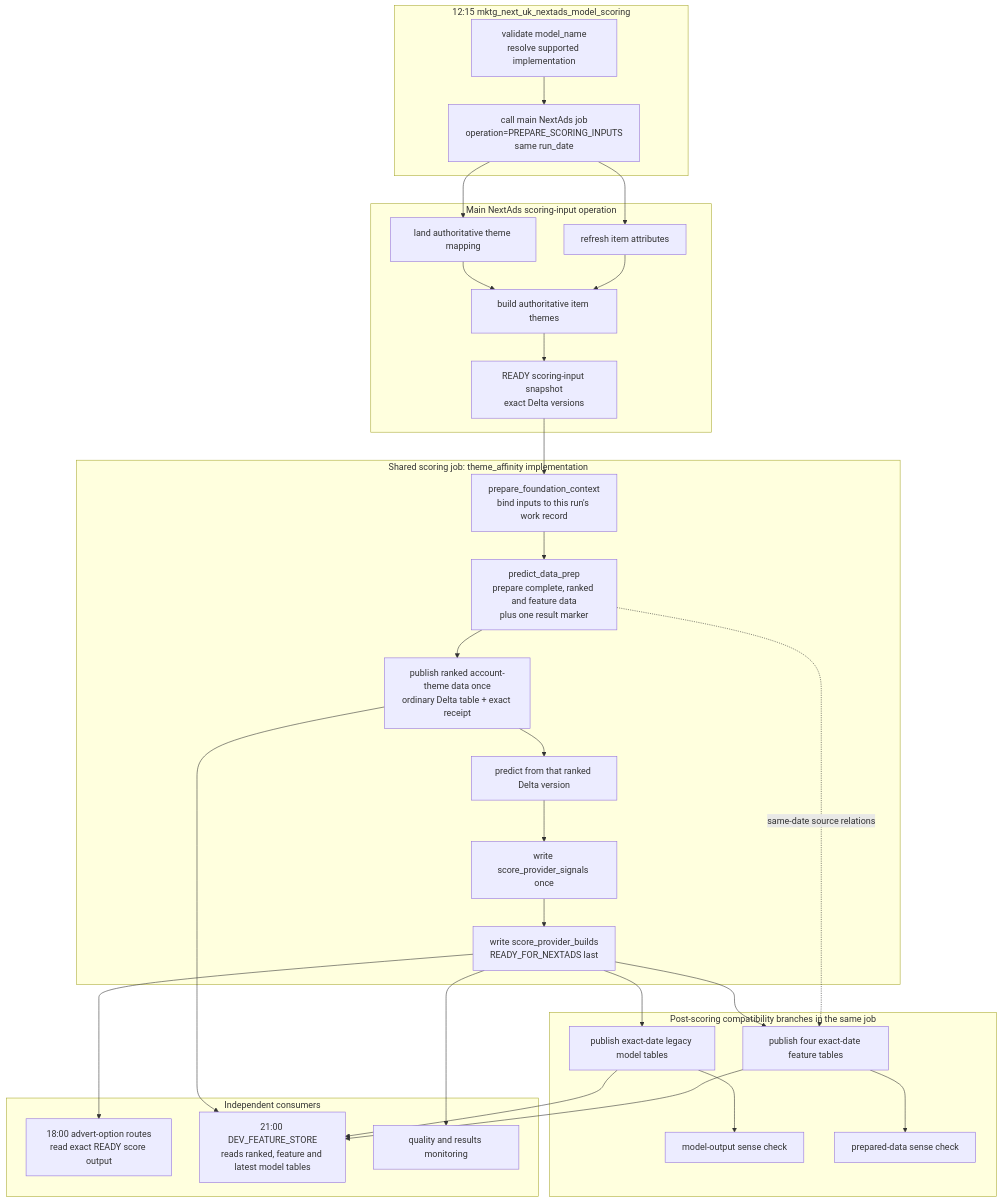
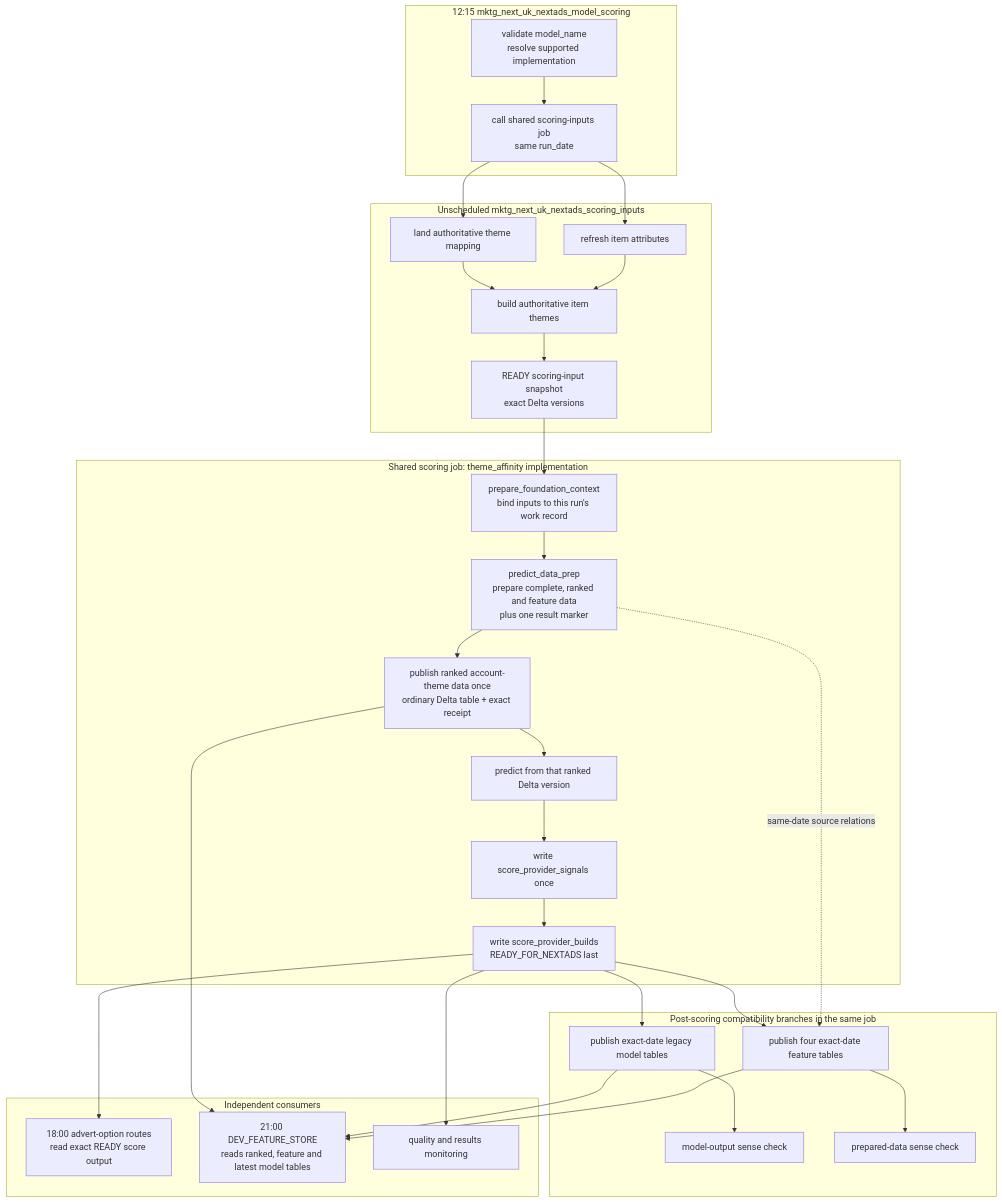
One commit to swblain-glyndwr/personal_project changed the diagram in docs/architecture/theme_affinity_operational_flow.md. Above: the diagram before and after it, drawn with Mermaid. The commit also changed other lines of this file and 18 other files, not shown here.

Commit message:
Separate shared scoring inputs from candidate build

````diff
--- a/docs/architecture/theme_affinity_operational_flow.md
+++ b/docs/architecture/theme_affinity_operational_flow.md
@@ -7,54 +7,54 @@
 ```mermaid
 flowchart TD
   subgraph scoring_job["12:15 mktg_next_uk_nextads_model_scoring"]
     validate["validate model_name<br/>resolve supported implementation"]
-    call_inputs["call main NextAds job<br/>operation=PREPARE_SCORING_INPUTS<br/>same run_date"]
+    call_inputs["call shared scoring-inputs job<br/>same run_date"]
     validate --> call_inputs
   end
 
-  subgraph inputs["Main NextAds scoring-input operation"]
+  subgraph inputs["Unscheduled mktg_next_uk_nextads_scoring_inputs"]
     theme_mapping["land authoritative theme mapping"]
     attributes["refresh item attributes"]
     item_themes["build authoritative item themes"]
     input_ready["READY scoring-input snapshot<br/>exact Delta versions"]
     theme_mapping --> item_themes
     attributes --> item_themes --> input_ready
   end
 
   subgraph score_source["Shared scoring job: theme_affinity implementation"]
     context["prepare_foundation_context<br/>bind inputs to this run's work record"]
     lakeflow["predict_data_prep<br/>prepare complete, ranked and feature data<br/>plus one result marker"]
     ranked["publish ranked account-theme data once<br/>ordinary Delta table + exact receipt"]
     predict["predict from that ranked Delta version"]
     signals["write score_provider_signals once"]
     ready["write score_provider_builds<br/>READY_FOR_NEXTADS last"]
     context --> lakeflow --> ranked --> predict --> signals --> ready
   end
 
   subgraph compatibility["Post-scoring compatibility branches in the same job"]
     legacy["publish exact-date legacy model tables"]
     feature_copy["publish four exact-date feature tables"]
     model_check["model-output sense check"]
     foundation_check["prepared-data sense check"]
     legacy --> model_check
     feature_copy --> foundation_check
   end
 
   subgraph consumers["Independent consumers"]
     candidate["18:00 advert-option routes<br/>read exact READY score output"]
     feature_store["21:00 DEV_FEATURE_STORE<br/>reads ranked, feature and latest model tables"]
     monitoring["quality and results monitoring"]
   end
 
   call_inputs --> theme_mapping
   call_inputs --> attributes
   input_ready --> context
   ready --> candidate
   ready --> legacy
   ready --> feature_copy
   lakeflow -. same-date source relations .-> feature_copy
   ranked --> feature_store
   legacy --> feature_store
   feature_copy --> feature_store
   ready --> monitoring
 ```
````
